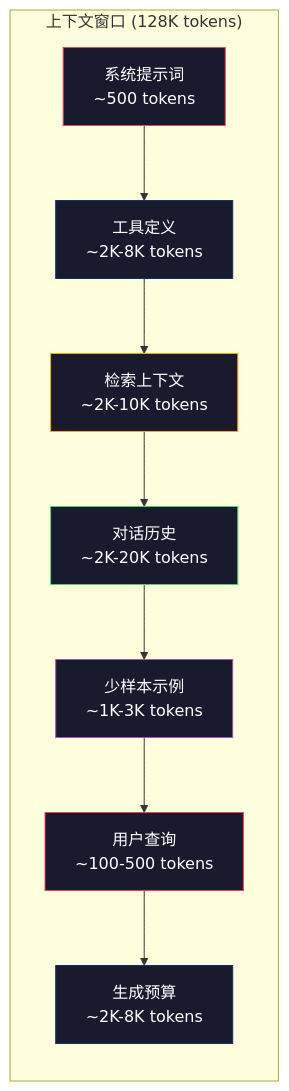
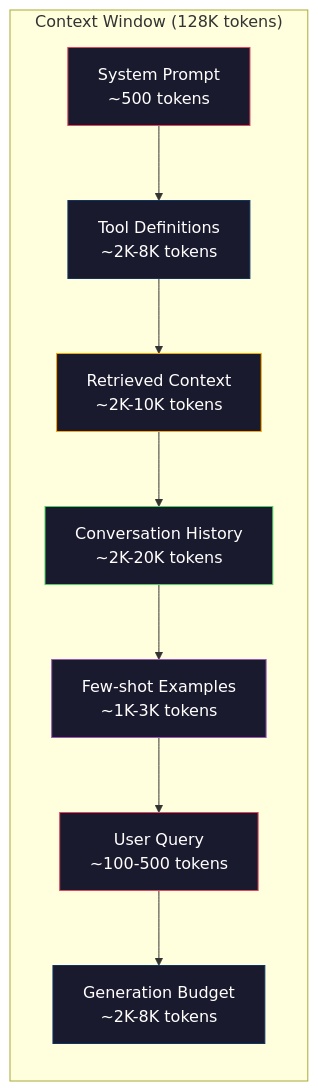
Before and after one commit to xiaojiaenen/ai-engineering-from-scratch-zh: the first of 3 diagrams in i18n/zh/phases/11-llm-engineering/05-context-engineering/docs/zh.md, drawn with Mermaid. The commit also changed other lines of this file and 17 other files, not shown here.

````diff
--- a/i18n/zh/phases/11-llm-engineering/05-context-engineering/docs/zh.md
+++ b/i18n/zh/phases/11-llm-engineering/05-context-engineering/docs/zh.md
@@ -36,20 +36,20 @@
 ```mermaid
 graph TD
-    subgraph Window["上下文窗口 (128K tokens)"]
+    subgraph Window["Context Window (128K tokens)"]
         direction TB
-        S["系统提示词\n~500 tokens"] --> T["工具定义\n~2K-8K tokens"]
-        T --> R["检索上下文\n~2K-10K tokens"]
-        R --> H["对话历史\n~2K-20K tokens"]
-        H --> F["少样本示例\n~1K-3K tokens"]
-        F --> Q["用户查询\n~100-500 tokens"]
-        Q --> G["生成预算\n~2K-8K tokens"]
+        S["System Prompt\n~500 tokens"] --> T["Tool Definitions\n~2K-8K tokens"]
+        T --> R["Retrieved Context\n~2K-10K tokens"]
+        R --> H["Conversation History\n~2K-20K tokens"]
+        H --> F["Few-shot Examples\n~1K-3K tokens"]
+        F --> Q["User Query\n~100-500 tokens"]
+        Q --> G["Generation Budget\n~2K-8K tokens"]
     end
 
     style S fill:#1a1a2e,stroke:#e94560,color:#fff
     style T fill:#1a1a2e,stroke:#0f3460,color:#fff
     style R fill:#1a1a2e,stroke:#ffa500,color:#fff
     style H fill:#1a1a2e,stroke:#51cf66,color:#fff
     style F fill:#1a1a2e,stroke:#9b59b6,color:#fff
     style Q fill:#1a1a2e,stroke:#e94560,color:#fff
     style G fill:#1a1a2e,stroke:#0f3460,color:#fff
 ```
````
